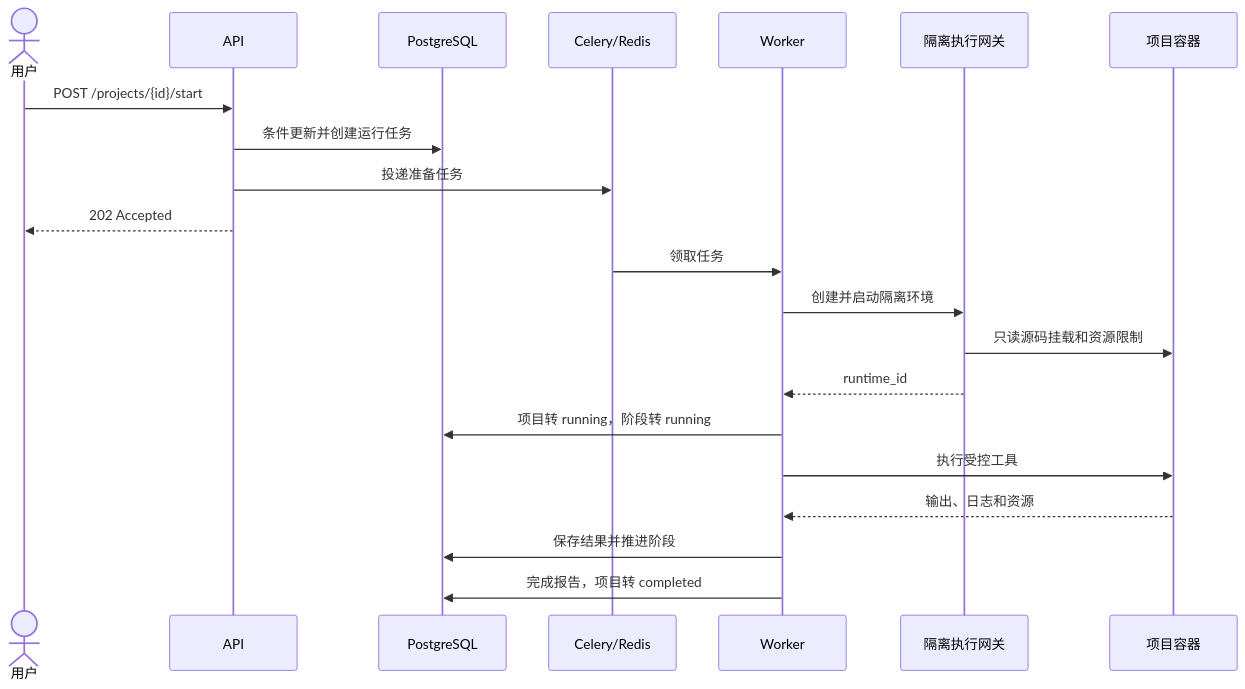
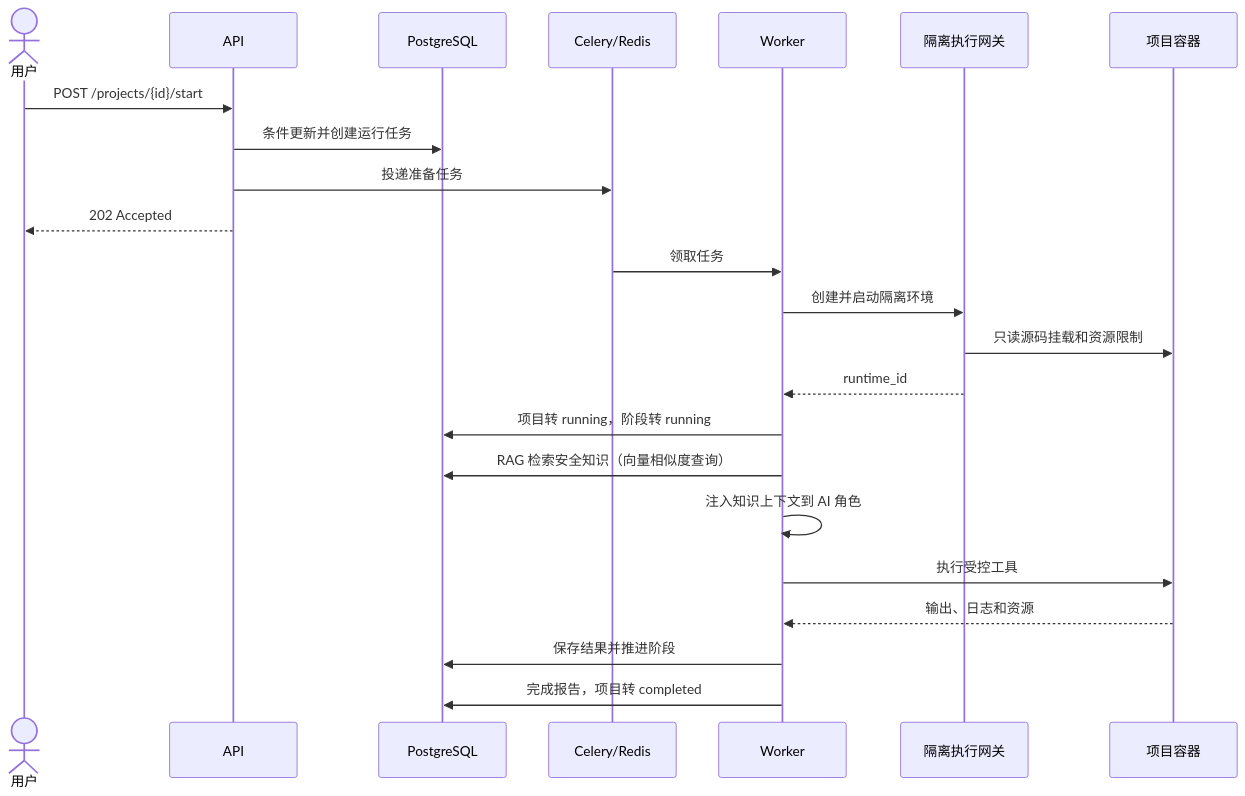
Before and after one commit to F0G-K/asa-system: the third of 3 diagrams in docs/3_概要设计/自动化安全评估系统-概要设计总纲.md, drawn with Mermaid. The commit also changed other lines of this file and 119 other files, not shown here.

````diff
--- a/docs/3_概要设计/自动化安全评估系统-概要设计总纲.md
+++ b/docs/3_概要设计/自动化安全评估系统-概要设计总纲.md
@@ -349,24 +449,26 @@
 ```mermaid
 sequenceDiagram
     actor User as 用户
     participant API
     participant DB as PostgreSQL
     participant Queue as Celery/Redis
     participant Worker
     participant Executor as 隔离执行网关
     participant Container as 项目容器
 
     User->>API: POST /projects/{id}/start
     API->>DB: 条件更新并创建运行任务
     API->>Queue: 投递准备任务
     API-->>User: 202 Accepted
     Queue->>Worker: 领取任务
     Worker->>Executor: 创建并启动隔离环境
     Executor->>Container: 只读源码挂载和资源限制
     Executor-->>Worker: runtime_id
     Worker->>DB: 项目转 running，阶段转 running
+    Worker->>DB: RAG 检索安全知识（向量相似度查询）
+    Worker->>Worker: 注入知识上下文到 AI 角色
     Worker->>Container: 执行受控工具
     Container-->>Worker: 输出、日志和资源
     Worker->>DB: 保存结果并推进阶段
     Worker->>DB: 完成报告，项目转 completed
 ```
````
